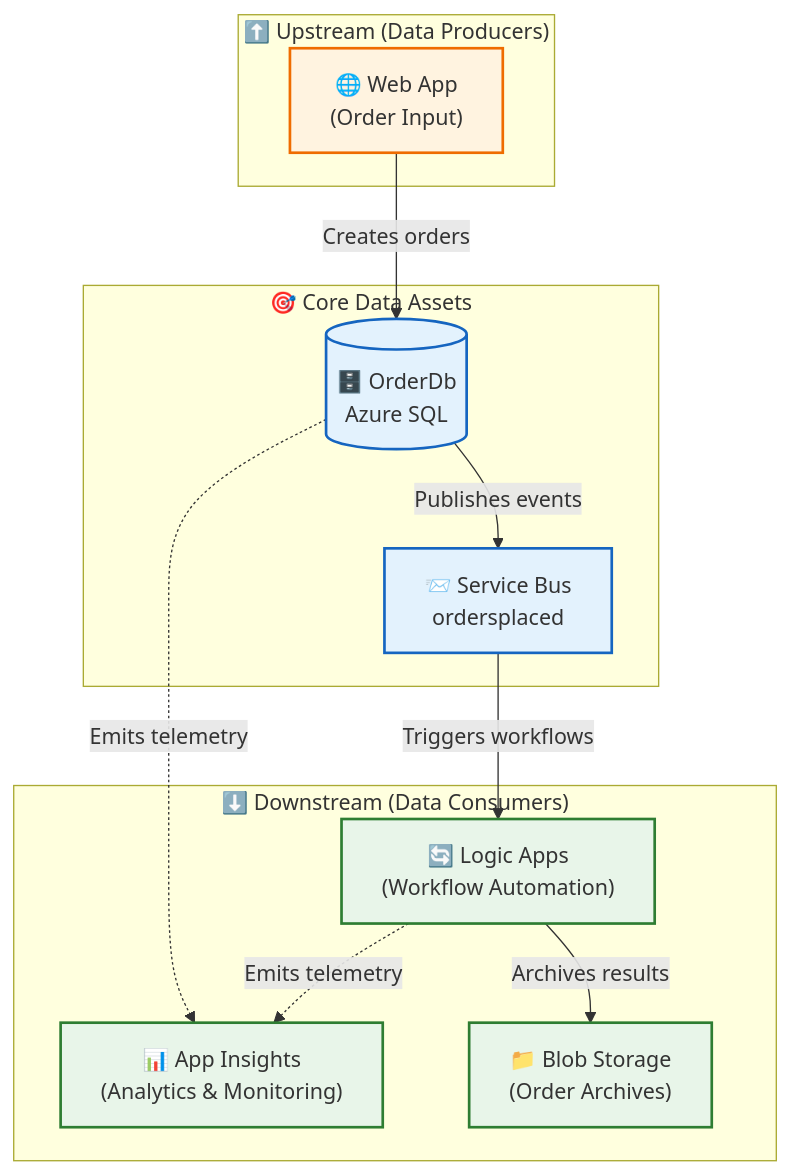
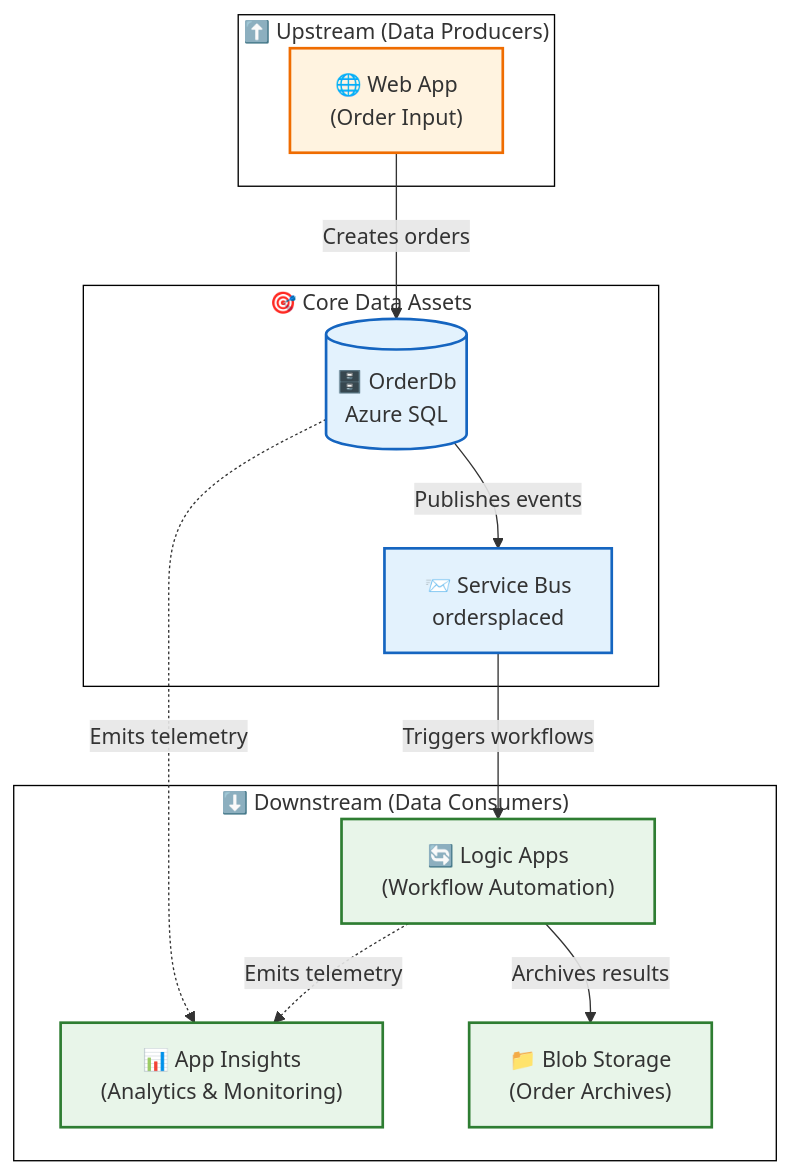
Before and after one commit to Evilazaro/Azure-LogicApps-Monitoring: the sixth of 6 diagrams in docs/architecture/02-data-architecture.md, drawn with Mermaid. The commit also changed other lines of this file and 2 other files, not shown here.

Commit message:
Refactor Mermaid diagrams for improved clarity and consistency in business and data architecture documentation

````diff
--- a/docs/architecture/02-data-architecture.md
+++ b/docs/architecture/02-data-architecture.md
@@ -369,32 +377,34 @@
 ```mermaid
-flowchart TD
-    subgraph Upstream["⬆️ Upstream (Data Producers)"]
-        WebApp["🌐 Web App<br/>(Order Input)"]
-    end
+flowchart TB
+ subgraph Upstream["⬆️ Upstream (Data Producers)"]
+        WebApp["🌐 Web App<br>(Order Input)"]
+  end
+ subgraph Core["🎯 Core Data Assets"]
+        OrderDb[("🗄️ OrderDb<br>Azure SQL")]
+        EventBus["📨 Service Bus<br>ordersplaced"]
+  end
+ subgraph Downstream["⬇️ Downstream (Data Consumers)"]
+        LogicApp["🔄 Logic Apps<br>(Workflow Automation)"]
+        AppInsights["📊 App Insights<br>(Analytics &amp; Monitoring)"]
+        BlobStorage["📁 Blob Storage<br>(Order Archives)"]
+  end
+    WebApp -- Creates orders --> OrderDb
+    OrderDb -- Publishes events --> EventBus
+    EventBus -- Triggers workflows --> LogicApp
+    LogicApp -- Archives results --> BlobStorage
+    OrderDb -. Emits telemetry .-> AppInsights
+    LogicApp -. Emits telemetry .-> AppInsights
 
-    subgraph Core["🎯 Core Data Assets"]
-        OrderDb[("🗄️ OrderDb<br/>Azure SQL")]
-        EventBus["📨 Service Bus<br/>ordersplaced"]
-    end
-
-    subgraph Downstream["⬇️ Downstream (Data Consumers)"]
-        LogicApp["🔄 Logic Apps<br/>(Workflow Automation)"]
-        AppInsights["📊 App Insights<br/>(Analytics & Monitoring)"]
-        BlobStorage["📁 Blob Storage<br/>(Order Archives)"]
-    end
-
-    WebApp -->|"Creates orders"| OrderDb
-    OrderDb -->|"Publishes events"| EventBus
-    EventBus -->|"Triggers workflows"| LogicApp
-    LogicApp -->|"Archives results"| BlobStorage
-    OrderDb -.->|"Emits telemetry"| AppInsights
-    LogicApp -.->|"Emits telemetry"| AppInsights
-
+     WebApp:::upstream
+     OrderDb:::core
+     EventBus:::core
+     LogicApp:::downstream
+     AppInsights:::downstream
+     BlobStorage:::downstream
     classDef upstream fill:#fff3e0,stroke:#ef6c00,stroke-width:2px
     classDef core fill:#e3f2fd,stroke:#1565c0,stroke-width:2px
     classDef downstream fill:#e8f5e9,stroke:#2e7d32,stroke-width:2px
-
-    class WebApp upstream
-    class OrderDb,EventBus core
-    class LogicApp,AppInsights,BlobStorage downstream
+    style Upstream stroke:#000000,fill:#FFFFFF
+    style Core stroke:#000000,fill:#FFFFFF
+    style Downstream stroke:#000000,fill:#FFFFFF
 ```
````
